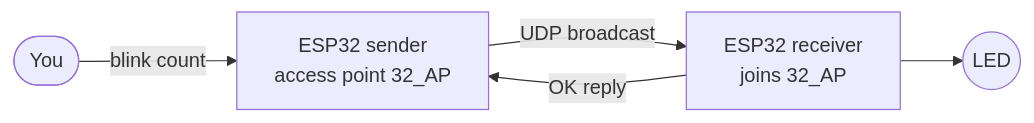
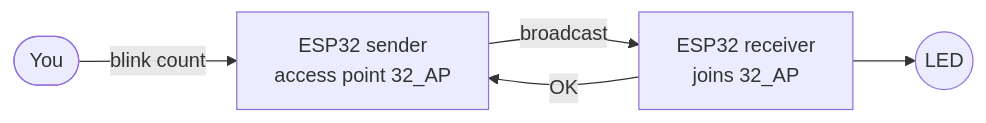
Before and after one commit to mike-segfault/low-cost-distributed-sync: the first of 2 diagrams in src/communication/04-dual-esp32-single-led/DIAGRAM.md, drawn with Mermaid.

Commit message:
Clarify dual ESP32 diagram labels

````diff
--- a/src/communication/04-dual-esp32-single-led/DIAGRAM.md
+++ b/src/communication/04-dual-esp32-single-led/DIAGRAM.md
@@ -3,7 +3,7 @@
 ```mermaid
 flowchart LR
     U(["You"]) -- "blink count" --> S["ESP32 sender<br/>access point 32_AP"]
-    S -- "UDP broadcast" --> R["ESP32 receiver<br/>joins 32_AP"]
-    R -- "OK reply" --> S
+    S -- "broadcast" --> R["ESP32 receiver<br/>joins 32_AP"]
+    R -- "OK" --> S
     R --> L(("LED"))
 ```
````
